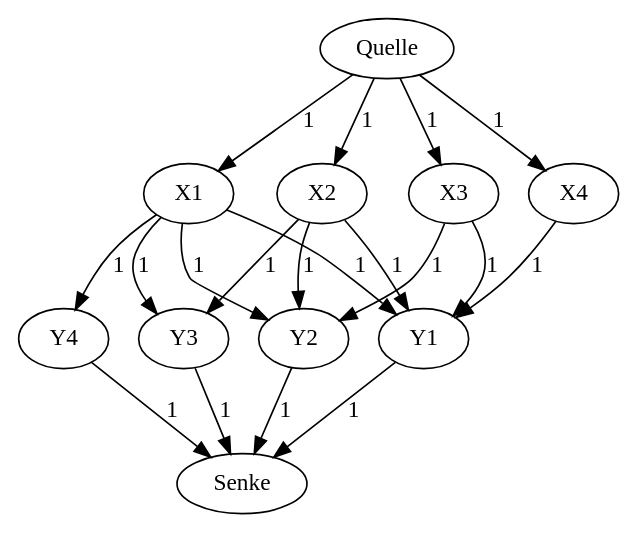
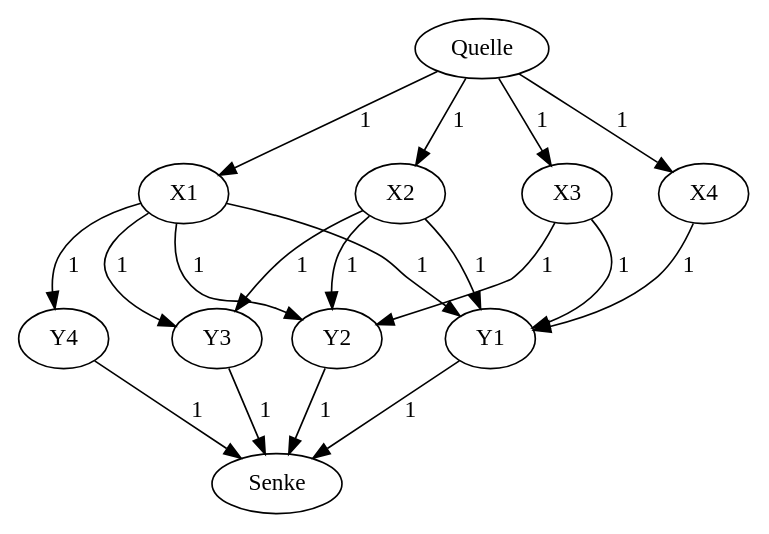
Before and after one commit to MaxPower9001/B-AI3GKAP: the diagram in io/graph_09.dot, drawn with Graphviz. The commit also changed 15 other files, not shown here.

```diff
--- a/io/graph_09.dot
+++ b/io/graph_09.dot
@@ -1,31 +1,31 @@
 digraph graph_09
 {
 Quelle
 X1
 X2
 X3
 X4
 Y1
 Y2
 Y3
 Y4
 Senke
-Quelle -> X1 [label="1"]
-Quelle -> X2 [label="1"]
-Quelle -> X3 [label="1"]
-Quelle -> X4 [label="1"]
-X1 -> Y1 [label="1"]
-X1 -> Y2 [label="1"]
-X1 -> Y3 [label="1"]
-X1 -> Y4 [label="1"]
-X2 -> Y1 [label="1"]
-X2 -> Y2 [label="1"]
-X2 -> Y3 [label="1"]
-X3 -> Y1 [label="1"]
-X3 -> Y2 [label="1"]
-X4 -> Y1 [label="1"]
-Y1 -> Senke [label="1"]
-Y2 -> Senke [label="1"]
-Y3 -> Senke [label="1"]
-Y4 -> Senke [label="1"]
+Quelle -> X1 [label=" 1  "]
+Quelle -> X2 [label=" 1  "]
+Quelle -> X3 [label=" 1  "]
+Quelle -> X4 [label=" 1  "]
+X1 -> Y1 [label=" 1  "]
+X1 -> Y2 [label=" 1  "]
+X1 -> Y3 [label=" 1  "]
+X1 -> Y4 [label=" 1  "]
+X2 -> Y1 [label=" 1  "]
+X2 -> Y2 [label=" 1  "]
+X2 -> Y3 [label=" 1  "]
+X3 -> Y1 [label=" 1  "]
+X3 -> Y2 [label=" 1  "]
+X4 -> Y1 [label=" 1  "]
+Y1 -> Senke [label=" 1  "]
+Y2 -> Senke [label=" 1  "]
+Y3 -> Senke [label=" 1  "]
+Y4 -> Senke [label=" 1  "]
 }
```
